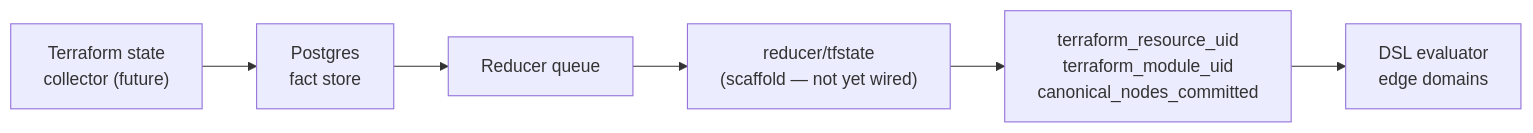
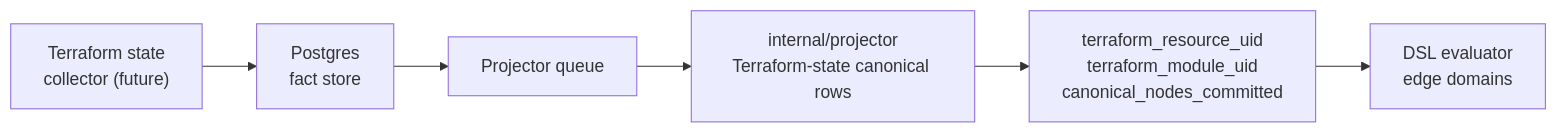
The diagram in go/internal/reducer/tfstate/README.md (eshu-hq/eshu), drawn with Mermaid before and after one commit. The commit also changed other lines of this file and 15 other files, not shown here.

Commit message:
Project Terraform state facts into canonical graph

````diff
--- a/go/internal/reducer/tfstate/README.md
+++ b/go/internal/reducer/tfstate/README.md
@@ -10,8 +11,8 @@
 ```mermaid
 flowchart LR
   TFStateCollector["Terraform state\ncollector (future)"] --> FactStore["Postgres\nfact store"]
-  FactStore --> ReducerQ["Reducer queue"]
-  ReducerQ --> TFStateReducer["reducer/tfstate\n(scaffold — not yet wired)"]
-  TFStateReducer --> PhaseRows["terraform_resource_uid\nterraform_module_uid\ncanonical_nodes_committed"]
+  FactStore --> ProjectorQ["Projector queue"]
+  ProjectorQ --> Projector["internal/projector\nTerraform-state canonical rows"]
+  Projector --> PhaseRows["terraform_resource_uid\nterraform_module_uid\ncanonical_nodes_committed"]
   PhaseRows --> DownstreamEdges["DSL evaluator\nedge domains"]
 ```
````
